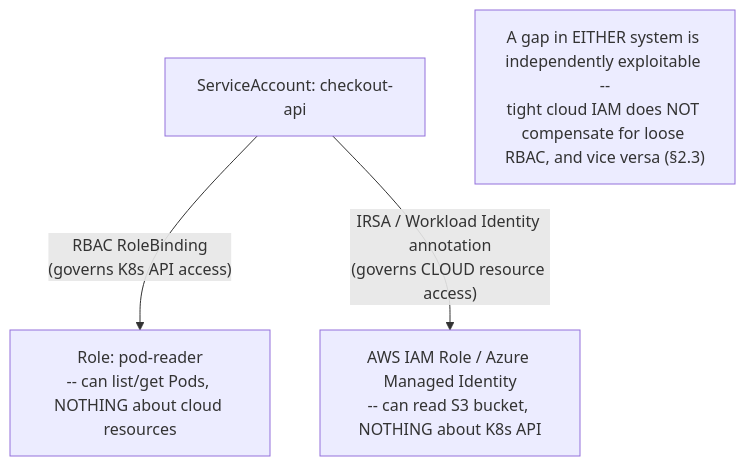
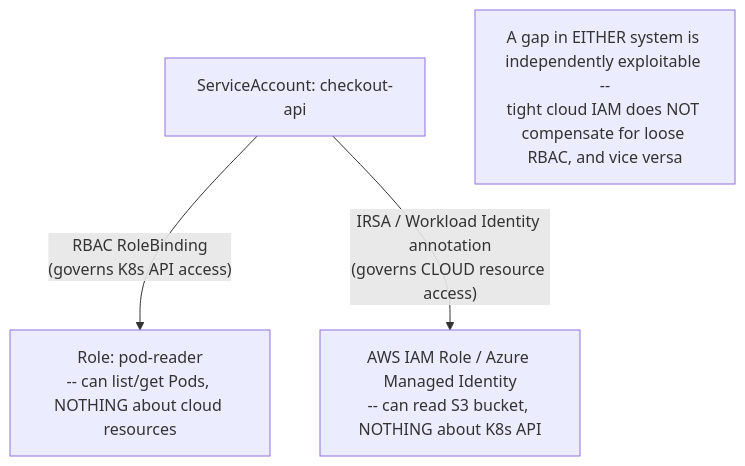
One commit to umashankarp/InterviewQuestions changed the first of 2 diagrams in 23-Kubernetes/04-Configuration-Security-ConfigMaps-Secrets-RBAC-PodSecurity.md. Above: the diagram before and after it, drawn with Mermaid. The commit also changed other lines of this file and 173 other files, not shown here.

````diff
--- a/23-Kubernetes/04-Configuration-Security-ConfigMaps-Secrets-RBAC-PodSecurity.md
+++ b/23-Kubernetes/04-Configuration-Security-ConfigMaps-Secrets-RBAC-PodSecurity.md
@@ -62,7 +62,7 @@
 ```mermaid
 graph TB
-    SA["ServiceAccount: checkout-api"]
-    SA -->|"RBAC RoleBinding<br/>(governs K8s API access)"| RBAC["Role: pod-reader<br/>-- can list/get Pods, NOTHING about cloud resources"]
-    SA -->|"IRSA / Workload Identity annotation<br/>(governs CLOUD resource access)"| CloudIAM["AWS IAM Role / Azure Managed Identity<br/>-- can read S3 bucket, NOTHING about K8s API"]
-    Note["A gap in EITHER system is independently exploitable --<br/>tight cloud IAM does NOT compensate for loose RBAC, and vice versa (§2.3)"]
+ SA["ServiceAccount: checkout-api"]
+ SA -->|"RBAC RoleBinding<br/>(governs K8s API access)"| RBAC["Role: pod-reader<br/>-- can list/get Pods, NOTHING about cloud resources"]
+ SA -->|"IRSA / Workload Identity annotation<br/>(governs CLOUD resource access)"| CloudIAM["AWS IAM Role / Azure Managed Identity<br/>-- can read S3 bucket, NOTHING about K8s API"]
+ Note["A gap in EITHER system is independently exploitable --<br/>tight cloud IAM does NOT compensate for loose RBAC, and vice versa"]
 ```
````
